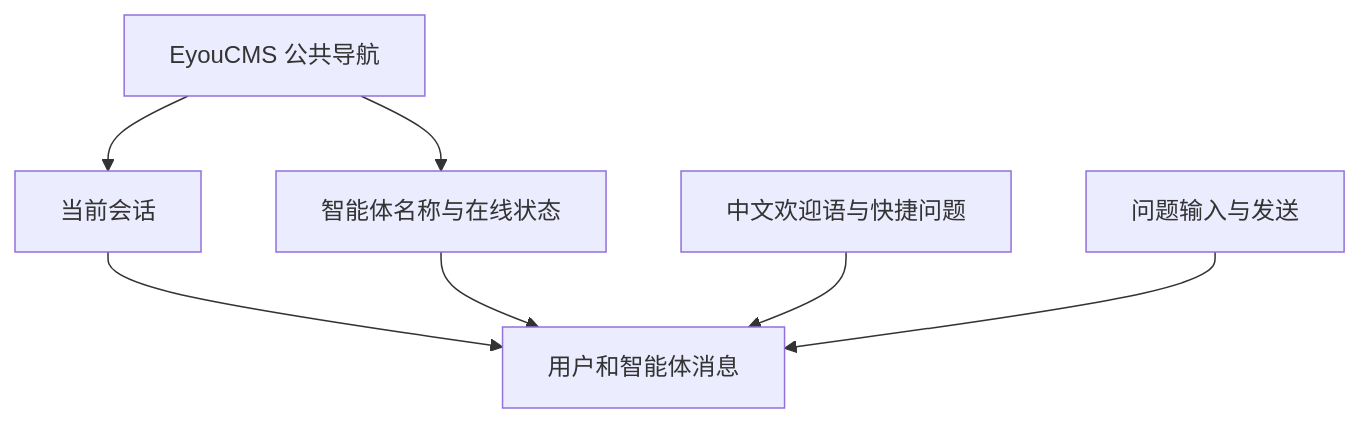
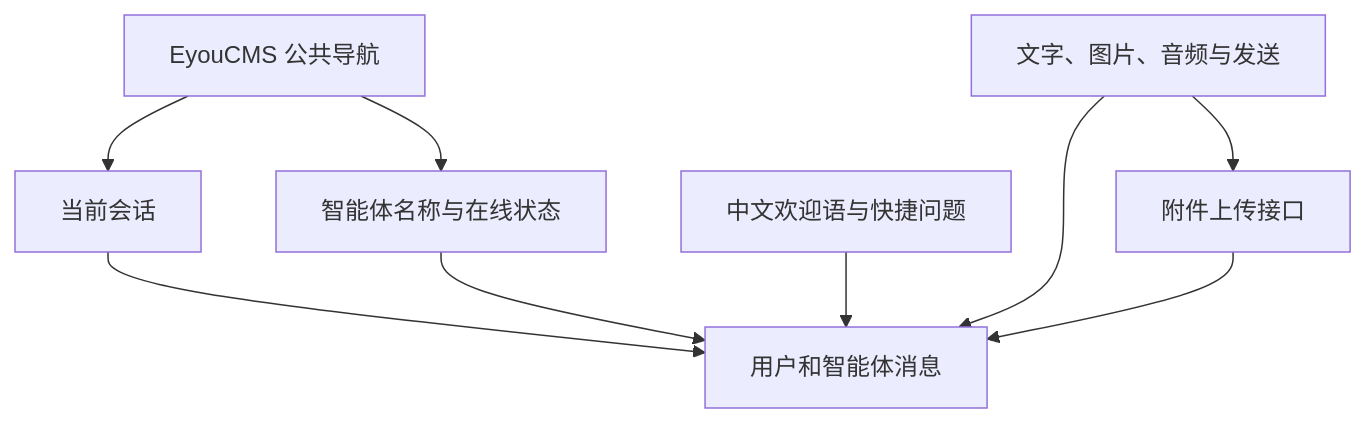
Before and after one commit to yiting001/agent: the second of 3 diagrams in docs/modules/agent-eyoucms-page.md, drawn with Mermaid. The commit also changed other lines of this file and 12 other files, not shown here.

````diff
--- a/docs/modules/agent-eyoucms-page.md
+++ b/docs/modules/agent-eyoucms-page.md
@@ -70,16 +75,19 @@
 ```mermaid
 flowchart TD
   Navigation[EyouCMS 公共导航]
   History[当前会话]
   Header[智能体名称与在线状态]
   Welcome[中文欢迎语与快捷问题]
   Messages[用户和智能体消息]
-  Composer[问题输入与发送]
+  Composer[文字、图片、音频与发送]
+  Upload[附件上传接口]
 
   Navigation --> History
   Navigation --> Header
   History --> Messages
   Header --> Messages
   Welcome --> Messages
   Composer --> Messages
+  Composer --> Upload
+  Upload --> Messages
 ```
````
